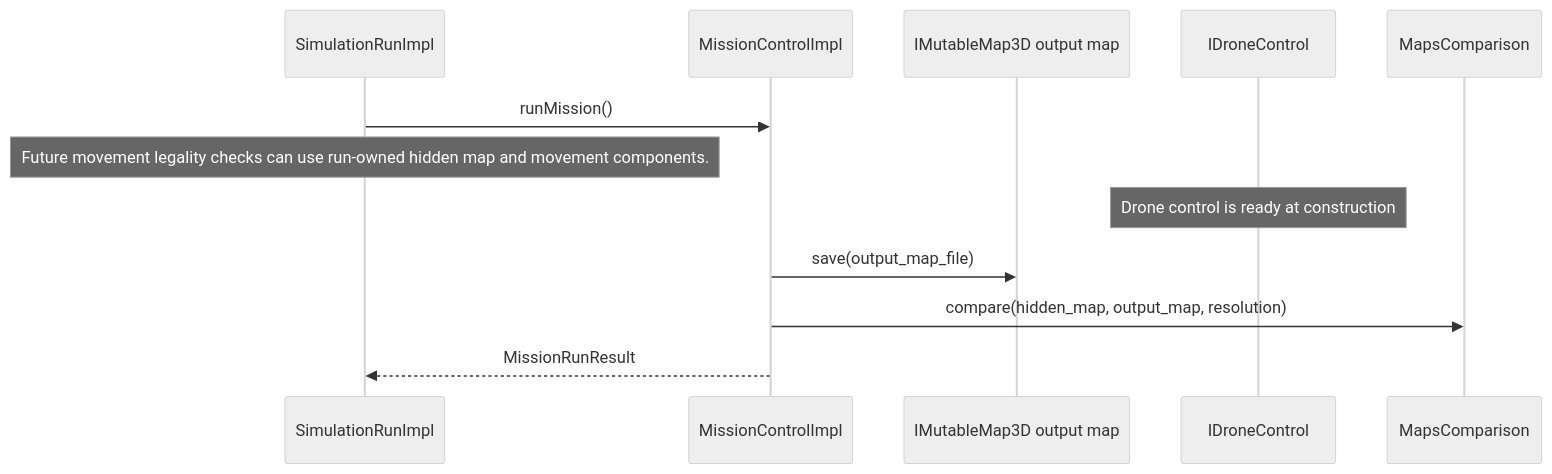
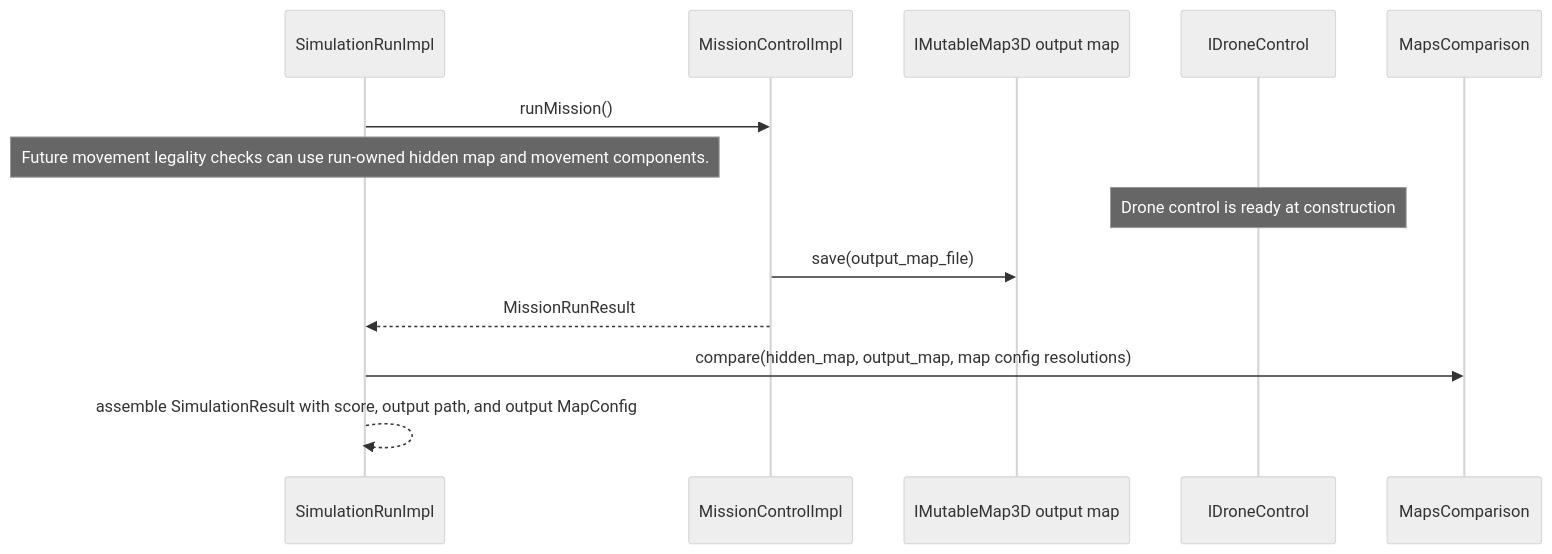
The fourth of 4 diagrams in docs/HLD.md (davidKop98/drone_mapper_ex2), drawn with Mermaid (neutral theme) before and after one commit. The commit also changed other lines of this file and 25 other files, not shown here.

First line of the commit message:
Refactor map geometry and simulation reporting Update the simulator interfaces to use offset-aware map configuration and simulation-level run results. Move map bounds into MapConfig, expose map geometry through IMap3D::getMapConfig(), and rename voxel lookup to atVoxel().

````diff
--- a/docs/HLD.md
+++ b/docs/HLD.md
@@ -231,15 +275,16 @@
 ```mermaid
 sequenceDiagram
     participant Run as SimulationRunImpl
     participant Mission as MissionControlImpl
     participant OutputMap as IMutableMap3D output map
     participant Drone as IDroneControl
     participant Compare as MapsComparison
 
     Run->>Mission: runMission()
     Note over Run: Future movement legality checks can use run-owned hidden map and movement components.
     Note over Drone: Drone control is ready at construction;
     Mission->>OutputMap: save(output_map_file)
-    Mission->>Compare: compare(hidden_map, output_map, resolution)
     Mission-->>Run: MissionRunResult
+    Run->>Compare: compare(hidden_map, output_map, map config resolutions)
+    Run-->>Run: assemble SimulationResult with score, output path, and output MapConfig
 ```
````
